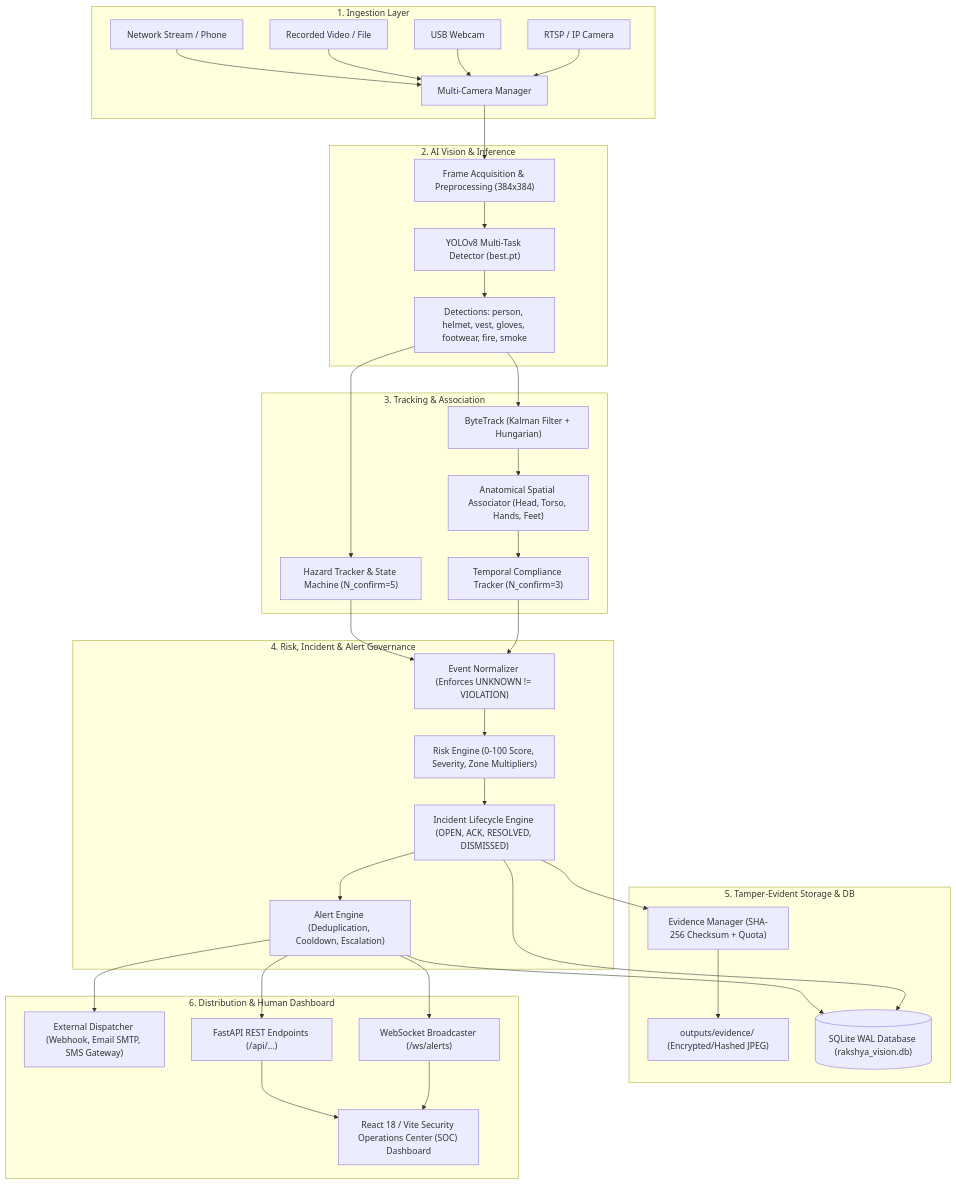
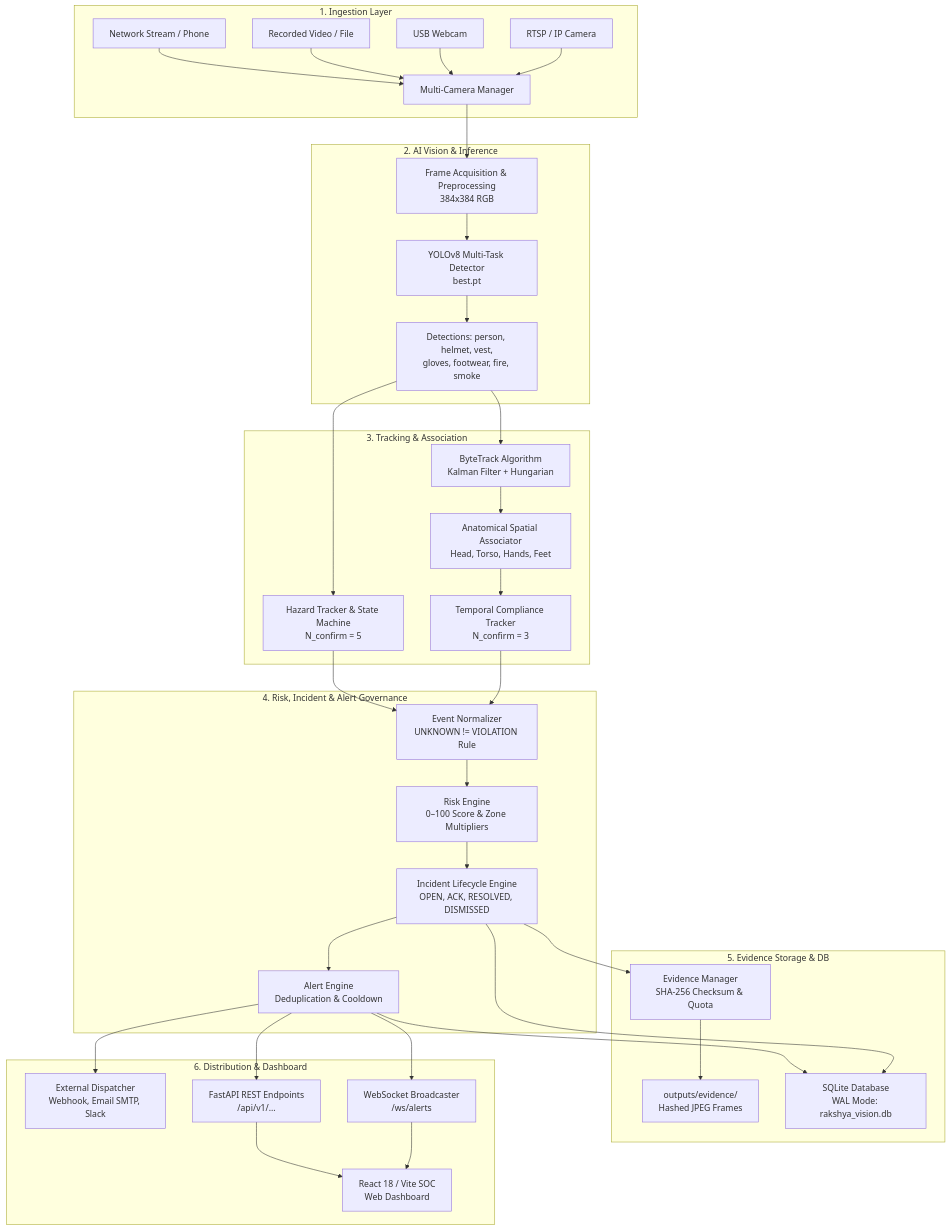
Before and after one commit to SMRU08/SafeSync: the first of 8 diagrams in README.md, drawn with Mermaid. The commit also changed other lines of this file, not shown here.

Commit message:
fix(readme): resolve subgraph scoping and syntax in System Architecture diagram

````diff
--- a/README.md
+++ b/README.md
@@ -56,45 +56,69 @@
 ```mermaid
 flowchart TD
     subgraph INGESTION["1. Ingestion Layer"]
-        C1["RTSP / IP Camera"] --> CM["Multi-Camera Manager"]
-        C2["USB Webcam"] --> CM
-        C3["Recorded Video / File"] --> CM
-        C4["Network Stream / Phone"] --> CM
+        C1["RTSP / IP Camera"]
+        C2["USB Webcam"]
+        C3["Recorded Video / File"]
+        C4["Network Stream / Phone"]
+        CM["Multi-Camera Manager"]
+        C1 --> CM
+        C2 --> CM
+        C3 --> CM
+        C4 --> CM
     end
 
     subgraph VISION["2. AI Vision & Inference"]
-        CM --> PRE["Frame Acquisition & Preprocessing (384x384)"]
-        PRE --> YOLO["YOLOv8 Multi-Task Detector (best.pt)"]
-        YOLO --> DET["Detections: person, helmet, vest, gloves, footwear, fire, smoke"]
+        PRE["Frame Acquisition & Preprocessing<br>384x384 RGB"]
+        YOLO["YOLOv8 Multi-Task Detector<br>best.pt"]
+        DET["Detections: person, helmet, vest,<br>gloves, footwear, fire, smoke"]
+        PRE --> YOLO
+        YOLO --> DET
     end
 
     subgraph TRACKING["3. Tracking & Association"]
-        DET --> BT["ByteTrack (Kalman Filter + Hungarian)"]
-        BT --> ANAT["Anatomical Spatial Associator (Head, Torso, Hands, Feet)"]
-        ANAT --> TEMP_PPE["Temporal Compliance Tracker (N_confirm=3)"]
-        DET --> TEMP_HAZ["Hazard Tracker & State Machine (N_confirm=5)"]
+        BT["ByteTrack Algorithm<br>Kalman Filter + Hungarian"]
+        ANAT["Anatomical Spatial Associator<br>Head, Torso, Hands, Feet"]
+        TEMP_PPE["Temporal Compliance Tracker<br>N_confirm = 3"]
+        TEMP_HAZ["Hazard Tracker & State Machine<br>N_confirm = 5"]
+        BT --> ANAT
+        ANAT --> TEMP_PPE
     end
 
     subgraph RISK_ALERT["4. Risk, Incident & Alert Governance"]
-        TEMP_PPE --> NORM["Event Normalizer (Enforces UNKNOWN != VIOLATION)"]
-        TEMP_HAZ --> NORM
-        NORM --> RISK["Risk Engine (0-100 Score, Severity, Zone Multipliers)"]
-        RISK --> INC["Incident Lifecycle Engine (OPEN, ACK, RESOLVED, DISMISSED)"]
-        INC --> ALERT["Alert Engine (Deduplication, Cooldown, Escalation)"]
+        NORM["Event Normalizer<br>UNKNOWN != VIOLATION Rule"]
+        RISK["Risk Engine<br>0–100 Score & Zone Multipliers"]
+        INC["Incident Lifecycle Engine<br>OPEN, ACK, RESOLVED, DISMISSED"]
+        ALERT["Alert Engine<br>Deduplication & Cooldown"]
+        NORM --> RISK
+        RISK --> INC
+        INC --> ALERT
     end
 
-    subgraph EVIDENCE["5. Tamper-Evident Storage & DB"]
-        INC --> EV_MGR["Evidence Manager (SHA-256 Checksum + Quota)"]
-        EV_MGR --> EV_DISK["outputs/evidence/ (Encrypted/Hashed JPEG)"]
-        INC --> DB[("SQLite WAL Database (rakshya_vision.db)")]
-        ALERT --> DB
+    subgraph EVIDENCE["5. Evidence Storage & DB"]
+        EV_MGR["Evidence Manager<br>SHA-256 Checksum & Quota"]
+        EV_DISK["outputs/evidence/<br>Hashed JPEG Frames"]
+        DB["SQLite Database<br>WAL Mode: rakshya_vision.db"]
+        EV_MGR --> EV_DISK
     end
 
-    subgraph PRESENTATION["6. Distribution & Human Dashboard"]
-        ALERT --> EXT["External Dispatcher (Webhook, Email SMTP, SMS Gateway)"]
-        ALERT --> WS["WebSocket Broadcaster (/ws/alerts)"]
-        ALERT --> REST["FastAPI REST Endpoints (/api/...)"]
-        WS --> SOC["React 18 / Vite Security Operations Center (SOC) Dashboard"]
-        REST --> SOC
+    subgraph PRESENTATION["6. Distribution & Dashboard"]
+        EXT["External Dispatcher<br>Webhook, Email SMTP, Slack"]
+        WS["WebSocket Broadcaster<br>/ws/alerts"]
+        REST["FastAPI REST Endpoints<br>/api/v1/..."]
+        SOC["React 18 / Vite SOC<br>Web Dashboard"]
     end
+
+    CM --> PRE
+    DET --> BT
+    DET --> TEMP_HAZ
+    TEMP_PPE --> NORM
+    TEMP_HAZ --> NORM
+    INC --> EV_MGR
+    INC --> DB
+    ALERT --> DB
+    ALERT --> EXT
+    ALERT --> WS
+    ALERT --> REST
+    WS --> SOC
+    REST --> SOC
 ```
````
